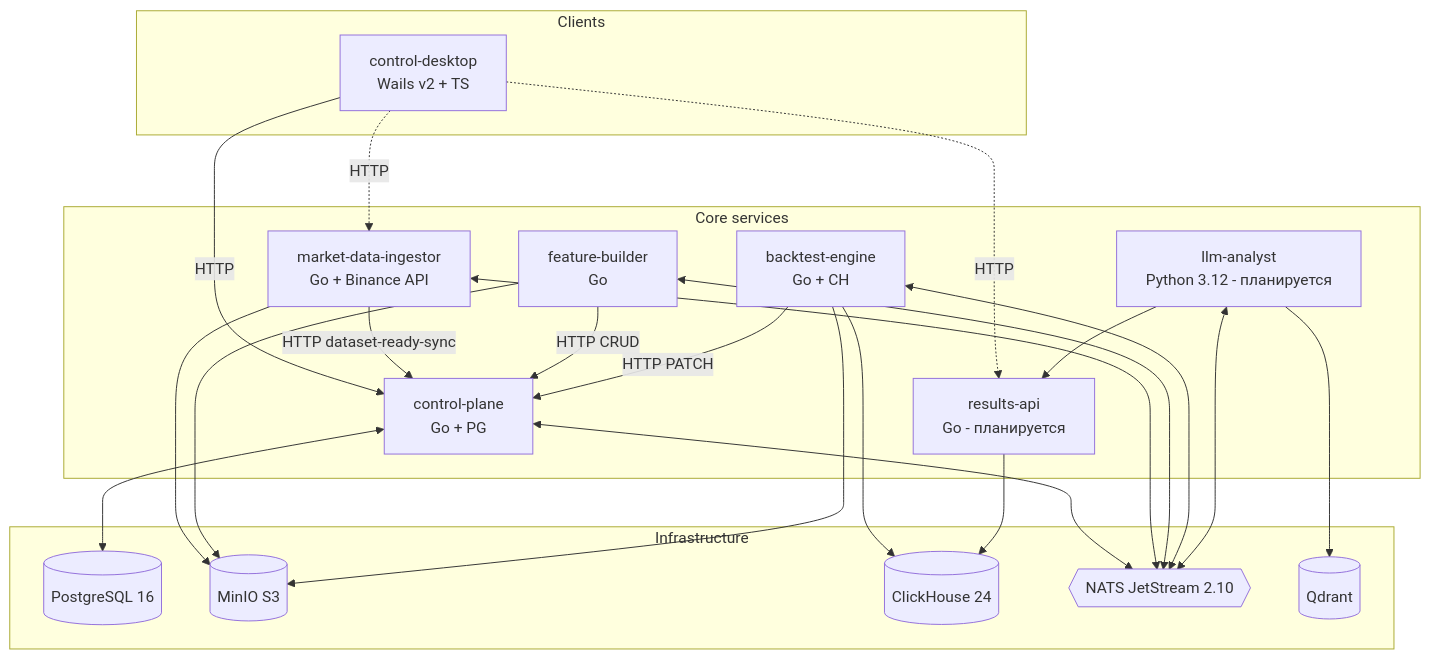
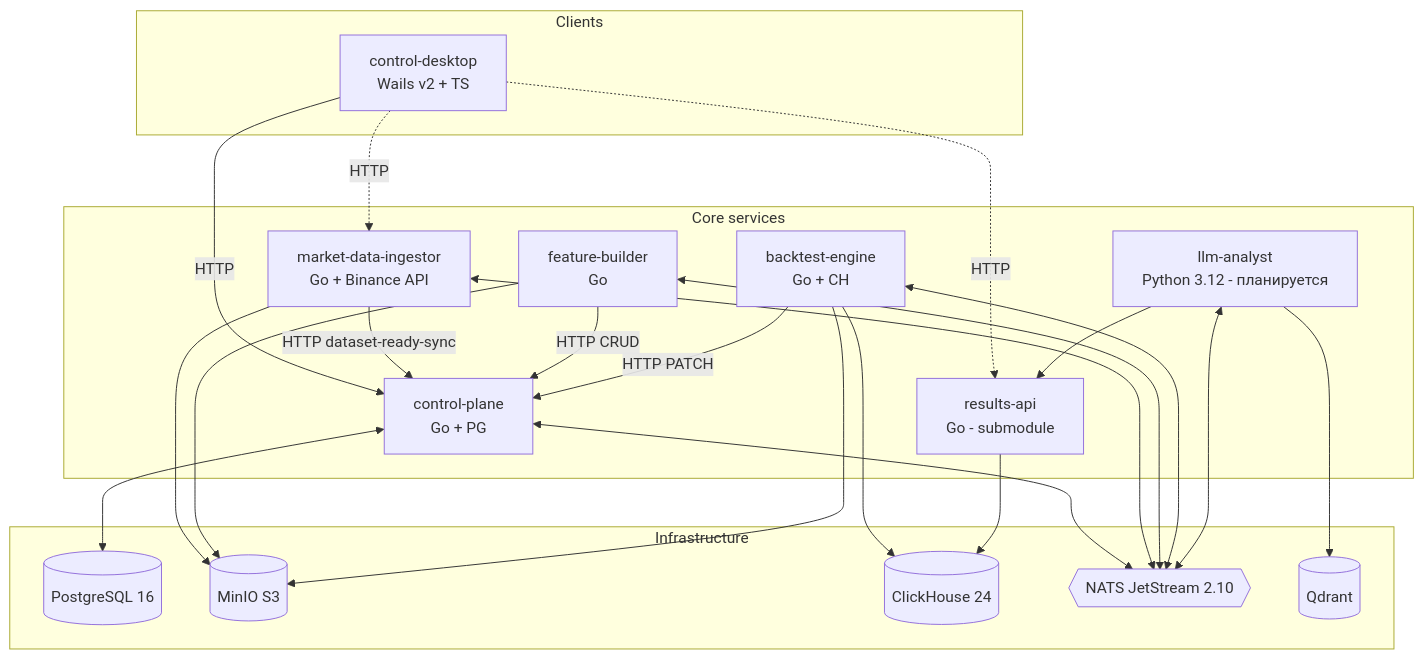
The second of 4 diagrams in docs/project-spec.md (Algorhythm-LLC/Algorhythm), drawn with Mermaid before and after one commit. The commit also changed other lines of this file and 4 other files, not shown here.

First line of the commit message:
docs: results-api submodule migration complete; sync project-spec and handoff

````diff
--- a/docs/project-spec.md
+++ b/docs/project-spec.md
@@ -73,48 +73,48 @@
 ```mermaid
 flowchart TD
   subgraph clients [Clients]
     desktop[control-desktop<br/>Wails v2 + TS]
   end
 
   subgraph core [Core services]
     cp[control-plane<br/>Go + PG]
     mdi[market-data-ingestor<br/>Go + Binance API]
     fb[feature-builder<br/>Go]
     bt[backtest-engine<br/>Go + CH]
-    results[results-api<br/>Go - планируется]
+    results[results-api<br/>Go - submodule]
     llm[llm-analyst<br/>Python 3.12 - планируется]
   end
 
   subgraph infra [Infrastructure]
     pg[(PostgreSQL 16)]
     minio[(MinIO S3)]
     ch[(ClickHouse 24)]
     nats{{NATS JetStream 2.10}}
     qdrant[(Qdrant)]
   end
 
   desktop -- HTTP --> cp
   desktop -. HTTP .-> mdi
   desktop -. HTTP .-> results
 
   cp <--> pg
   cp <--> nats
 
   mdi --> minio
   mdi <--> nats
   mdi -- HTTP dataset-ready-sync --> cp
 
   fb --> minio
   fb <--> nats
   fb -- HTTP CRUD --> cp
 
   bt --> minio
   bt --> ch
   bt <--> nats
   bt -- HTTP PATCH --> cp
 
   results --> ch
   llm --> results
   llm --> qdrant
   llm <--> nats
 ```
````
